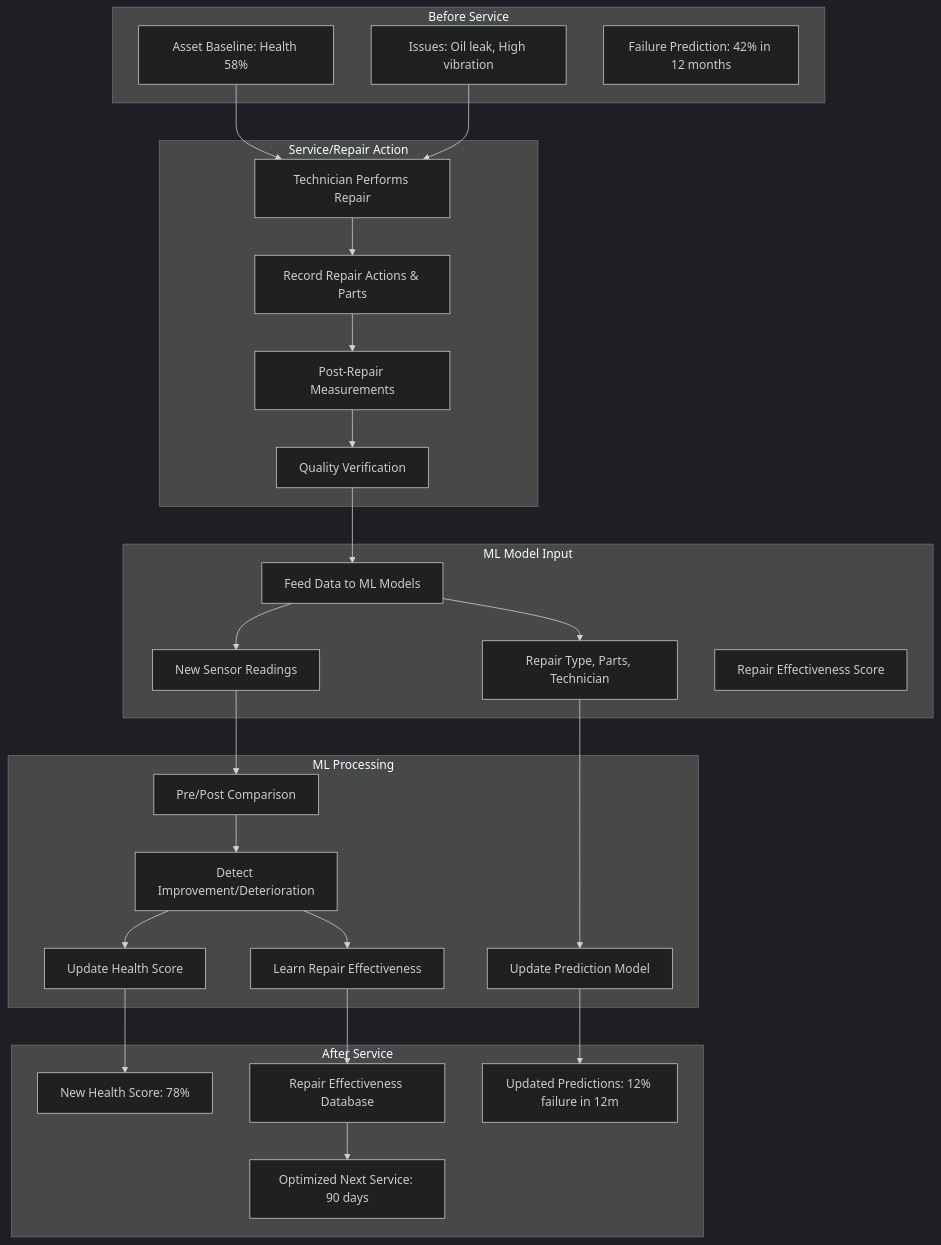
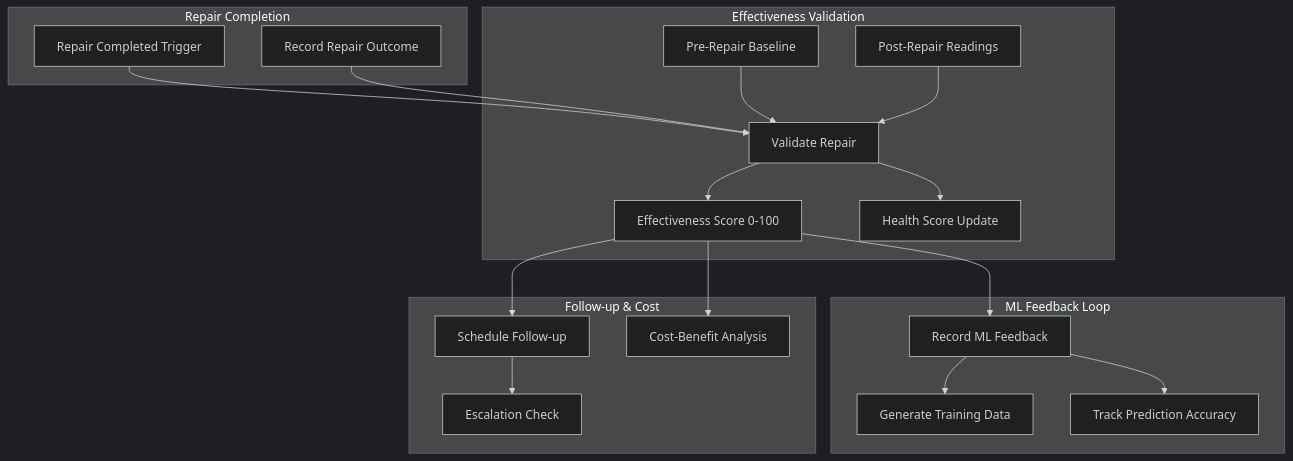
Before and after one commit to Bederf/sentinel-ai: the first of 2 diagrams in docs/04-features/46-repair-effectiveness-ml-feedback.md, drawn with Mermaid (dark theme). The commit also changed other lines of this file and 1 other file, not shown here.

First line of the commit message:
docs(57): update repair effectiveness documentation for Phase 57 implementation

````diff
--- a/docs/04-features/46-repair-effectiveness-ml-feedback.md
+++ b/docs/04-features/46-repair-effectiveness-ml-feedback.md
@@ -15,55 +35,40 @@
 ```mermaid
 graph TB
-    subgraph Before Service
-        Baseline[Asset Baseline: Health 58%]
-        Issues[Issues: Oil leak, High vibration]
-        Predictions[Failure Prediction: 42% in 12 months]
+    subgraph "Repair Completion"
+        RC[Repair Completed Trigger]
+        RO[Record Repair Outcome]
     end
 
-    subgraph Service/Repair Action
-        Repair[Technician Performs Repair]
-        Record[Record Repair Actions & Parts]
-        PostMeasure[Post-Repair Measurements]
-        Verify[Quality Verification]
+    subgraph "Effectiveness Validation"
+        VR[Validate Repair]
+        PB[Pre-Repair Baseline]
+        PR[Post-Repair Readings]
+        ES[Effectiveness Score 0-100]
+        HS[Health Score Update]
     end
 
-    subgraph ML Model Input
-        FeedData[Feed Data to ML Models]
-        NewReadings[New Sensor Readings]
-        RepairDetails[Repair Type, Parts, Technician]
-        Effectiveness[Repair Effectiveness Score]
+    subgraph "ML Feedback Loop"
+        MF[Record ML Feedback]
+        TD[Generate Training Data]
+        PA[Track Prediction Accuracy]
     end
 
-    subgraph ML Processing
-        Compare[Pre/Post Comparison]
-        DetectImprove[Detect Improvement/Deterioration]
-        UpdateScore[Update Health Score]
-        UpdateModel[Update Prediction Model]
-        Learn[Learn Repair Effectiveness]
+    subgraph "Follow-up & Cost"
+        FS[Schedule Follow-up]
+        CB[Cost-Benefit Analysis]
+        EC[Escalation Check]
     end
 
-    subgraph After Service
-        NewHealth[New Health Score: 78%]
-        NewPredictions[Updated Predictions: 12% failure in 12m]
-        NextService[Optimized Next Service: 90 days]
-        EffectivenessDB[Repair Effectiveness Database]
-    end
-
-    Baseline --> Repair
-    Issues --> Repair
-    Repair --> Record
-    Record --> PostMeasure
-    PostMeasure --> Verify
-    Verify --> FeedData
-    FeedData --> NewReadings
-    FeedData --> RepairDetails
-    NewReadings --> Compare
-    RepairDetails --> UpdateModel
-    Compare --> DetectImprove
-    DetectImprove --> UpdateScore
-    DetectImprove --> Learn
-    UpdateScore --> NewHealth
-    UpdateModel --> NewPredictions
-    Learn --> EffectivenessDB
-    EffectivenessDB --> NextService
+    RC --> VR
+    RO --> VR
+    PB --> VR
+    PR --> VR
+    VR --> ES
+    VR --> HS
+    ES --> MF
+    MF --> TD
+    MF --> PA
+    ES --> FS
+    ES --> CB
+    FS --> EC
 ```
````
